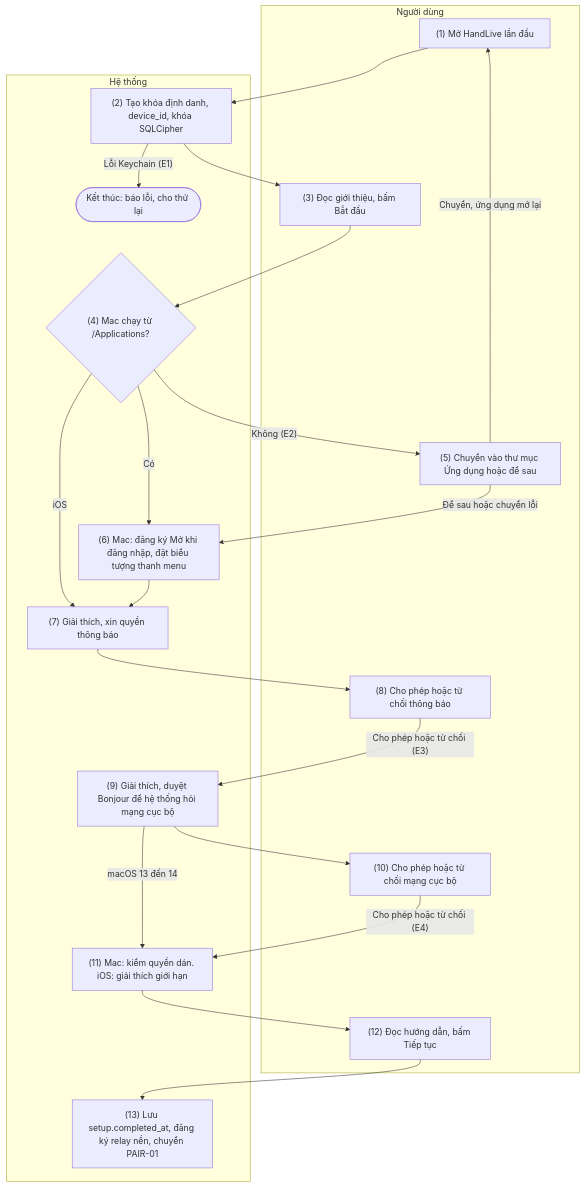
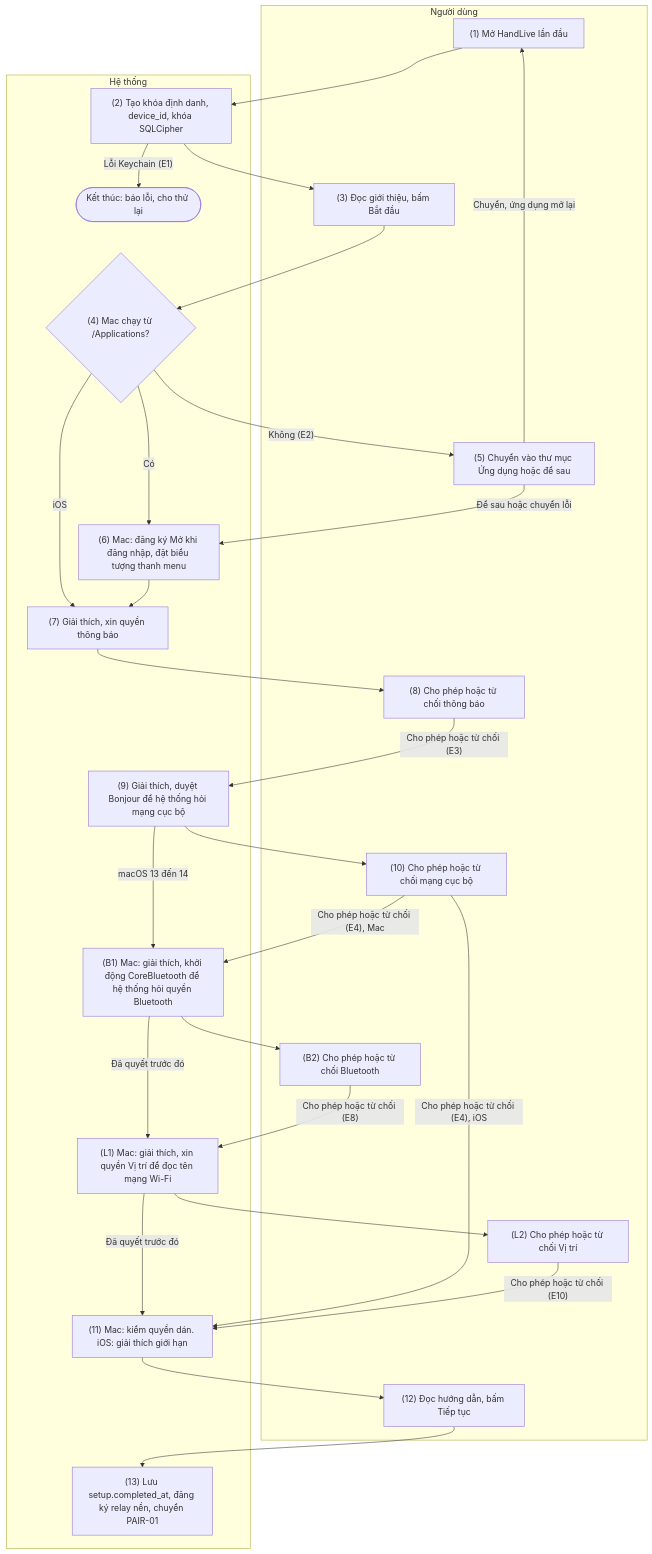
One commit to HandLive/handlive changed the third of 3 diagrams in docs/detailed-design/01-setup-settings.vi.md. Above: the diagram before and after it, drawn with Mermaid. The commit also changed other lines of this file and 32 other files, not shown here.

````diff
--- a/docs/detailed-design/01-setup-settings.vi.md
+++ b/docs/detailed-design/01-setup-settings.vi.md
@@ -880,35 +914,46 @@
 ```mermaid
 flowchart TB
   subgraph ND["Người dùng"]
     U1["(1) Mở HandLive lần đầu"]
     U3["(3) Đọc giới thiệu, bấm Bắt đầu"]
     U5["(5) Chuyển vào thư mục Ứng dụng hoặc để sau"]
     U8["(8) Cho phép hoặc từ chối thông báo"]
     U10["(10) Cho phép hoặc từ chối mạng cục bộ"]
     U12["(12) Đọc hướng dẫn, bấm Tiếp tục"]
+    UB2["(B2) Cho phép hoặc từ chối Bluetooth"]
+    UL2["(L2) Cho phép hoặc từ chối Vị trí"]
   end
   subgraph HT["Hệ thống"]
     S2["(2) Tạo khóa định danh, device_id, khóa SQLCipher"]
     D4{"(4) Mac chạy từ /Applications?"}
     S6["(6) Mac: đăng ký Mở khi đăng nhập, đặt biểu tượng thanh menu"]
     S7["(7) Giải thích, xin quyền thông báo"]
     S9["(9) Giải thích, duyệt Bonjour để hệ thống hỏi mạng cục bộ"]
+    SB1["(B1) Mac: giải thích, khởi động CoreBluetooth để hệ thống hỏi quyền Bluetooth"]
+    SL1["(L1) Mac: giải thích, xin quyền Vị trí để đọc tên mạng Wi-Fi"]
     S11["(11) Mac: kiểm quyền dán. iOS: giải thích giới hạn"]
     S13["(13) Lưu setup.completed_at, đăng ký relay nền, chuyển PAIR-01"]
     X1(["Kết thúc: báo lỗi, cho thử lại"])
   end
   U1 --> S2
   S2 -- "Lỗi Keychain (E1)" --> X1
   S2 --> U3 --> D4
   D4 -- "Có" --> S6
   D4 -- "Không (E2)" --> U5
   D4 -- "iOS" --> S7
   U5 -- "Để sau hoặc chuyển lỗi" --> S6
   U5 -- "Chuyển, ứng dụng mở lại" --> U1
   S6 --> S7 --> U8
   U8 -- "Cho phép hoặc từ chối (E3)" --> S9
-  S9 -- "macOS 13 đến 14" --> S11
+  S9 -- "macOS 13 đến 14" --> SB1
   S9 --> U10
-  U10 -- "Cho phép hoặc từ chối (E4)" --> S11
+  U10 -- "Cho phép hoặc từ chối (E4), Mac" --> SB1
+  U10 -- "Cho phép hoặc từ chối (E4), iOS" --> S11
+  SB1 --> UB2
+  SB1 -- "Đã quyết trước đó" --> SL1
+  UB2 -- "Cho phép hoặc từ chối (E8)" --> SL1
+  SL1 --> UL2
+  SL1 -- "Đã quyết trước đó" --> S11
+  UL2 -- "Cho phép hoặc từ chối (E10)" --> S11
   S11 --> U12 --> S13
 ```
````
